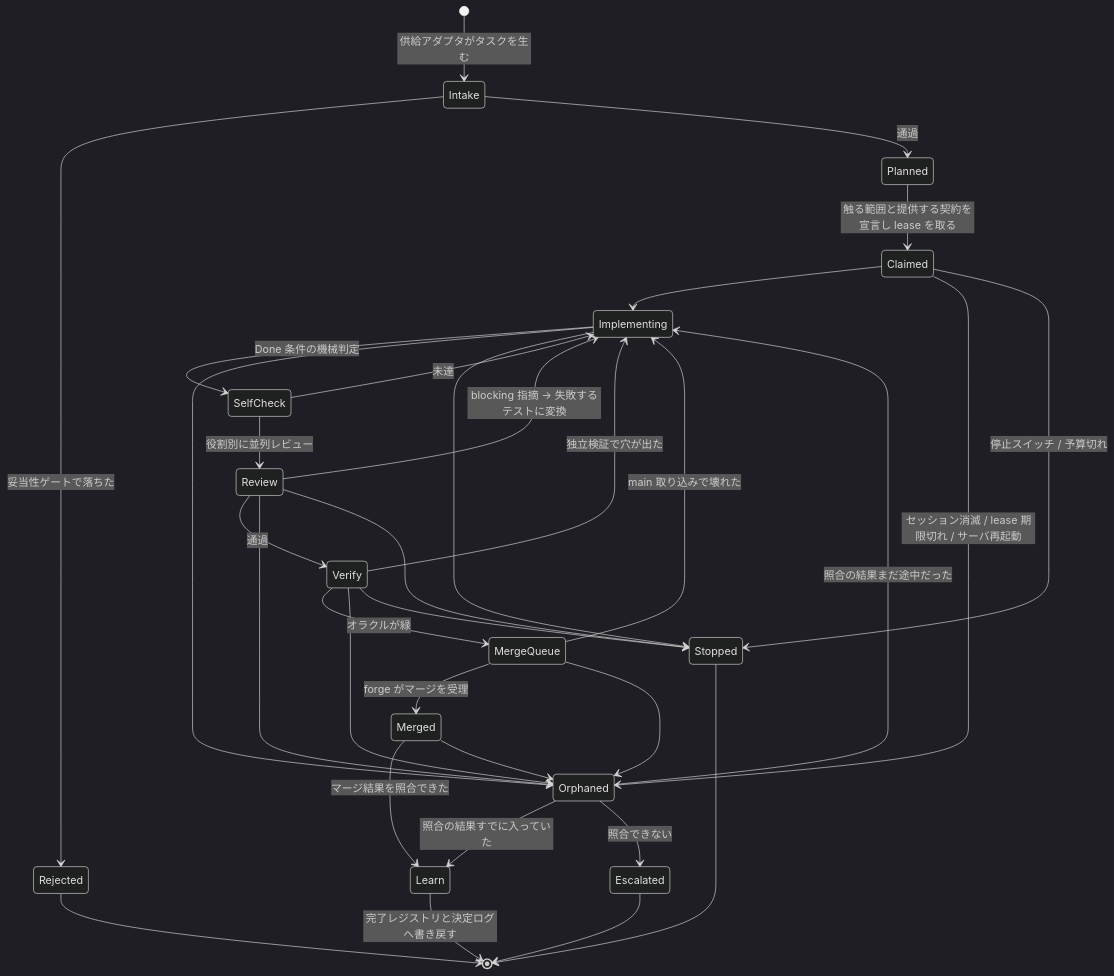
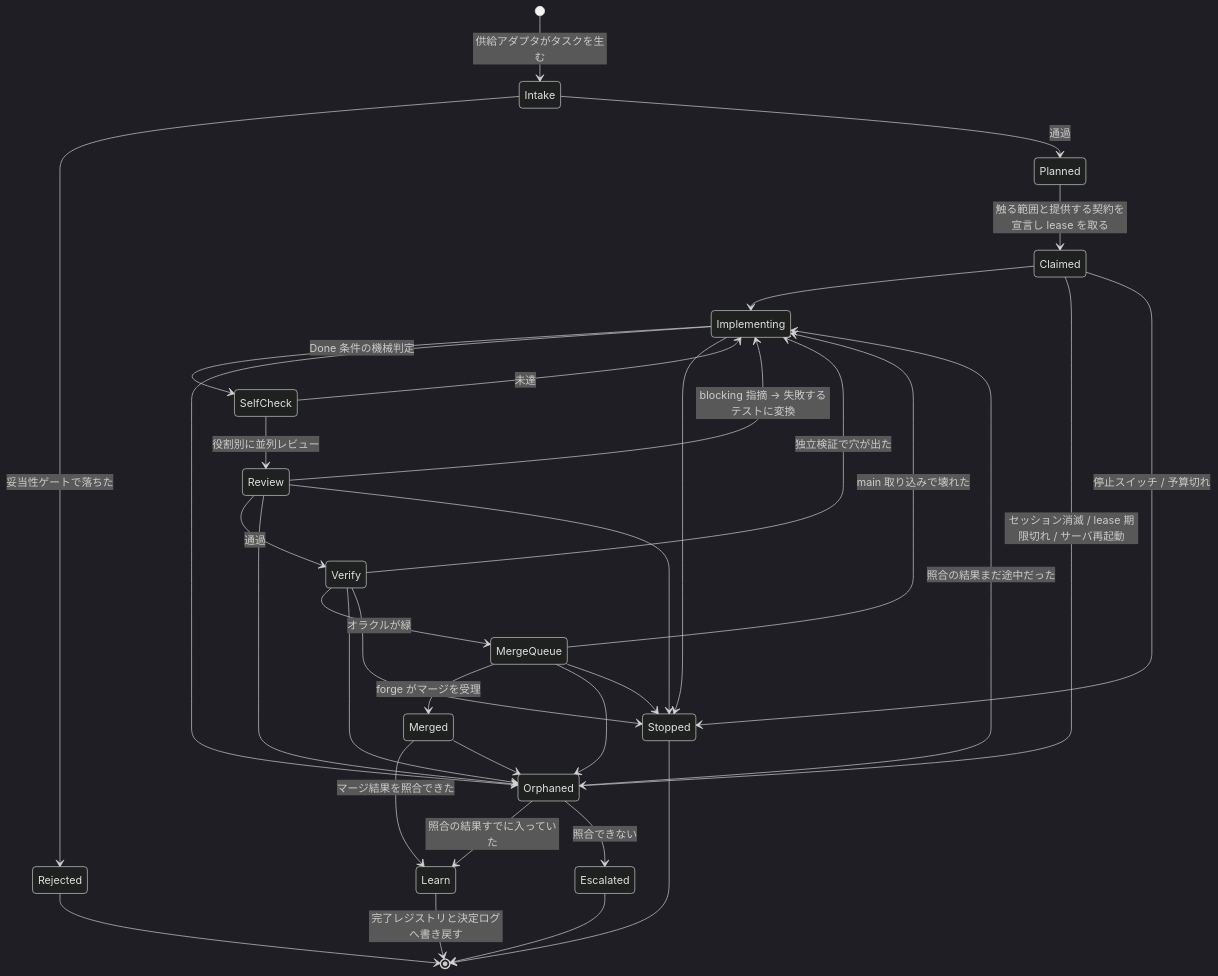
Before and after one commit to highfar-projects/mulmoterminal: the first of 2 diagrams in future/autonomous-delivery-pipeline.md, drawn with Mermaid (dark theme). The commit also changed other lines of this file, not shown here.

First line of the commit message:
fix: address Codex review iter-4 — 停止スイッチが MergeQueue に効いていない

````diff
--- a/future/autonomous-delivery-pipeline.md
+++ b/future/autonomous-delivery-pipeline.md
@@ -30,36 +30,37 @@
 ```mermaid
 stateDiagram-v2
     [*] --> Intake: 供給アダプタがタスクを生む
     Intake --> Rejected: 妥当性ゲートで落ちた
     Intake --> Planned: 通過
     Planned --> Claimed: 触る範囲と提供する契約を宣言し lease を取る
     Claimed --> Implementing
     Implementing --> SelfCheck: Done 条件の機械判定
     SelfCheck --> Implementing: 未達
     SelfCheck --> Review: 役割別に並列レビュー
     Review --> Implementing: blocking 指摘 → 失敗するテストに変換
     Review --> Verify: 通過
     Verify --> Implementing: 独立検証で穴が出た
     Verify --> MergeQueue: オラクルが緑
     MergeQueue --> Implementing: main 取り込みで壊れた
     MergeQueue --> Merged: forge がマージを受理
     Merged --> Learn: マージ結果を照合できた
     Learn --> [*]: 完了レジストリと決定ログへ書き戻す
     Rejected --> [*]
 
     Claimed --> Orphaned: セッション消滅 / lease 期限切れ / サーバ再起動
     Implementing --> Orphaned
     Review --> Orphaned
     Verify --> Orphaned
     MergeQueue --> Orphaned
     Merged --> Orphaned
     Orphaned --> Implementing: 照合の結果まだ途中だった
     Orphaned --> Learn: 照合の結果すでに入っていた
     Orphaned --> Escalated: 照合できない
     Claimed --> Stopped: 停止スイッチ / 予算切れ
     Implementing --> Stopped
     Review --> Stopped
     Verify --> Stopped
+    MergeQueue --> Stopped
     Escalated --> [*]
     Stopped --> [*]
 ```
````
